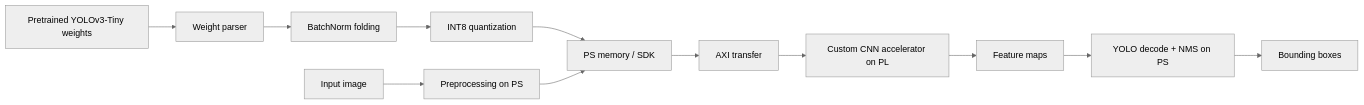
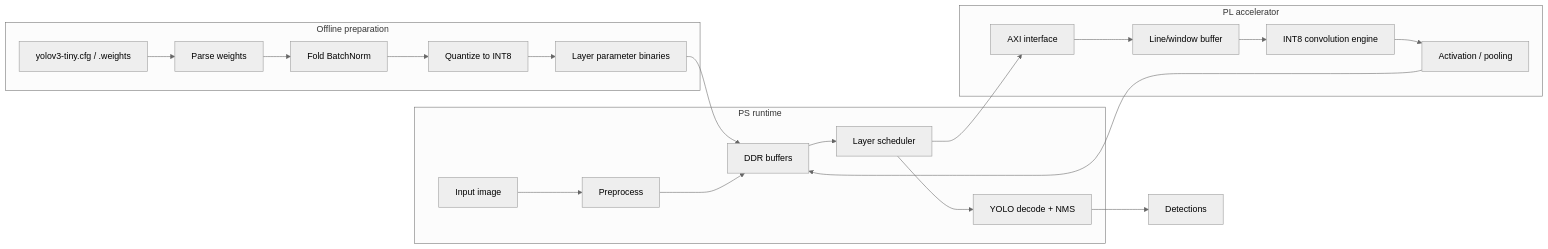
One commit to Haden-Min/CNN_YOLO_AI_accelerator changed the diagram in README.md. Above: the diagram before and after it, drawn with Mermaid (neutral theme). The commit also changed other lines of this file and 45 other files, not shown here.

````diff
--- a/README.md
+++ b/README.md
@@ -33,14 +53,27 @@
 ```mermaid
 flowchart LR
-    A["Pretrained YOLOv3-Tiny weights"] --> B["Weight parser"]
-    B --> C["BatchNorm folding"]
-    C --> D["INT8 quantization"]
-    E["Input image"] --> F["Preprocessing on PS"]
-    D --> G["PS memory / SDK"]
-    F --> G
-    G --> H["AXI transfer"]
-    H --> I["Custom CNN accelerator on PL"]
-    I --> J["Feature maps"]
-    J --> K["YOLO decode + NMS on PS"]
-    K --> L["Bounding boxes"]
+    subgraph Offline["Offline preparation"]
+        A["yolov3-tiny.cfg / .weights"] --> B["Parse weights"]
+        B --> C["Fold BatchNorm"]
+        C --> D["Quantize to INT8"]
+        D --> E["Layer parameter binaries"]
+    end
+
+    subgraph PS["PS runtime"]
+        F["Input image"] --> G["Preprocess"]
+        E --> H["DDR buffers"]
+        G --> H
+        H --> I["Layer scheduler"]
+        I --> J["YOLO decode + NMS"]
+    end
+
+    subgraph PL["PL accelerator"]
+        K["AXI interface"] --> L["Line/window buffer"]
+        L --> M["INT8 convolution engine"]
+        M --> N["Activation / pooling"]
+    end
+
+    I --> K
+    N --> H
+    J --> O["Detections"]
 ```
````
